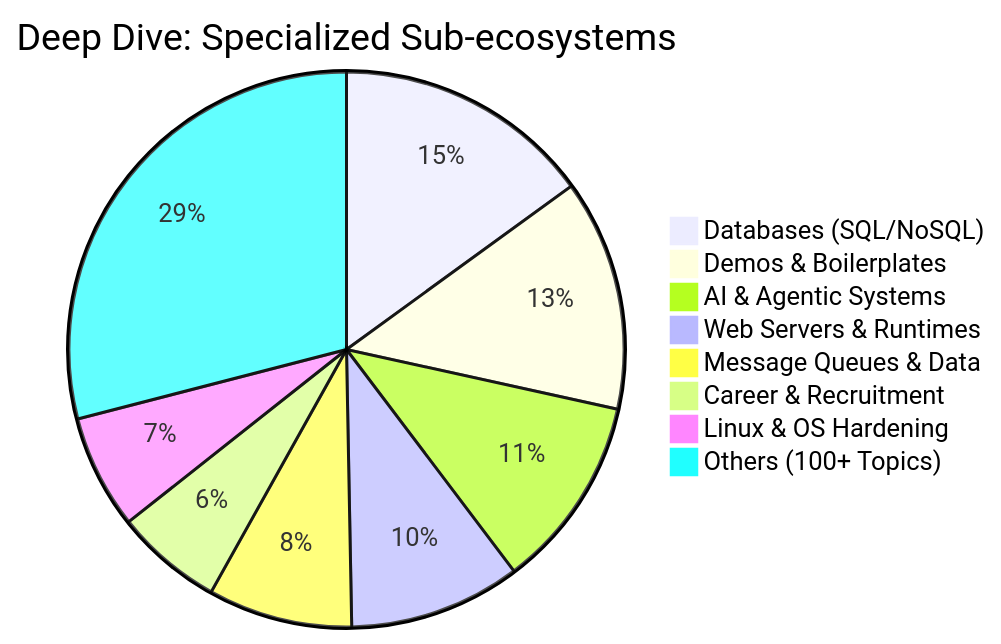
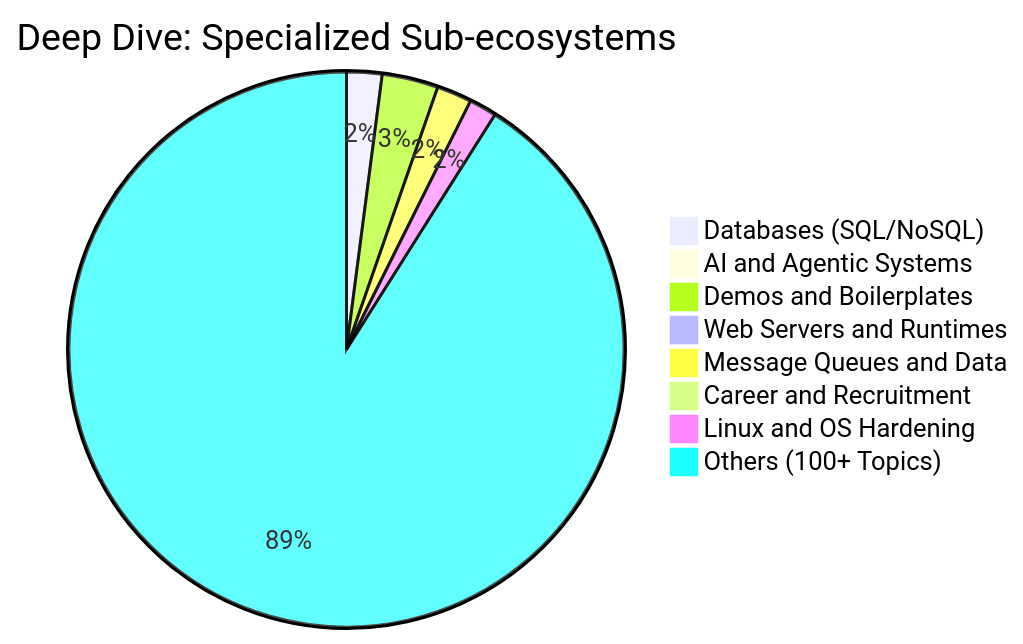
Before and after one commit to nubenetes/awesome-kubernetes: the second of 9 diagrams in README.md, drawn with Mermaid. The commit also changed other lines of this file and 7 other files, not shown here.

Commit message:
feat(ai): unify database architecture, implement dynamic README dashboard, and add maturity audit log

````diff
--- a/README.md
+++ b/README.md
@@ -156,11 +156,11 @@
 ```mermaid
 pie title Deep Dive: Specialized Sub-ecosystems
-    "Databases (SQL/NoSQL)" : 600
-    "Demos & Boilerplates" : 538
-    "AI & Agentic Systems" : 450
-    "Web Servers & Runtimes" : 400
-    "Message Queues & Data" : 336
-    "Career & Recruitment" : 250
-    "Linux & OS Hardening" : 265
-    "Others (100+ Topics)" : 1161
+    "Databases (SQL/NoSQL)" : 339
+    "AI and Agentic Systems" : 143
+    "Demos and Boilerplates" : 538
+    "Web Servers and Runtimes" : 99
+    "Message Queues and Data" : 336
+    "Career and Recruitment" : 142
+    "Linux and OS Hardening" : 265
+    "Others (100+ Topics)" : 14991
 ```
````
